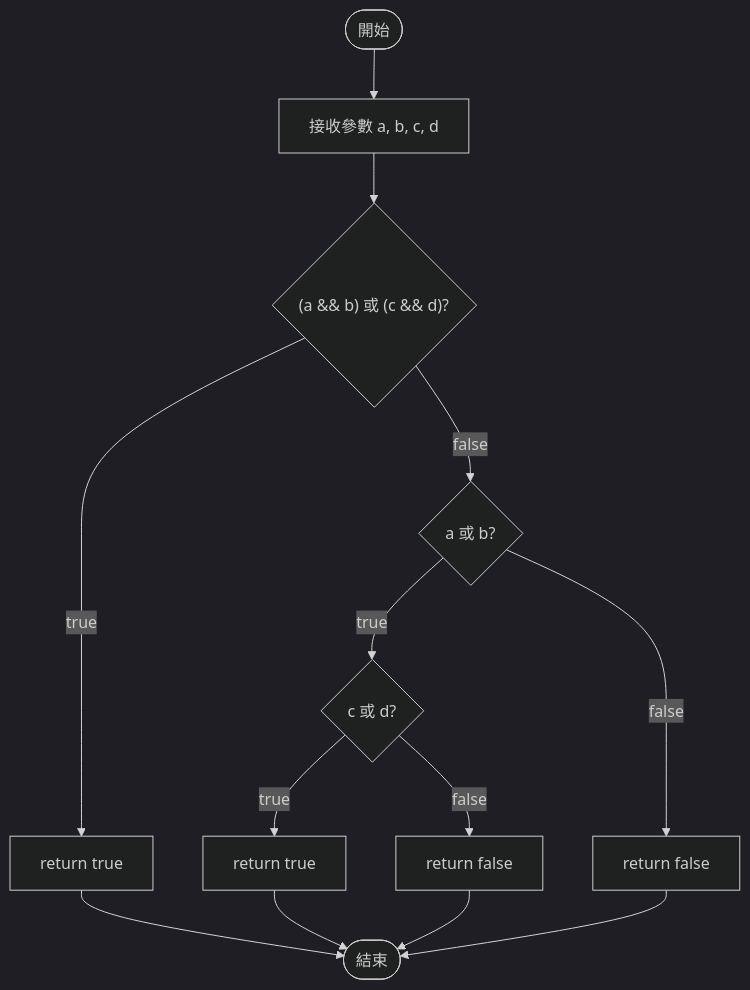
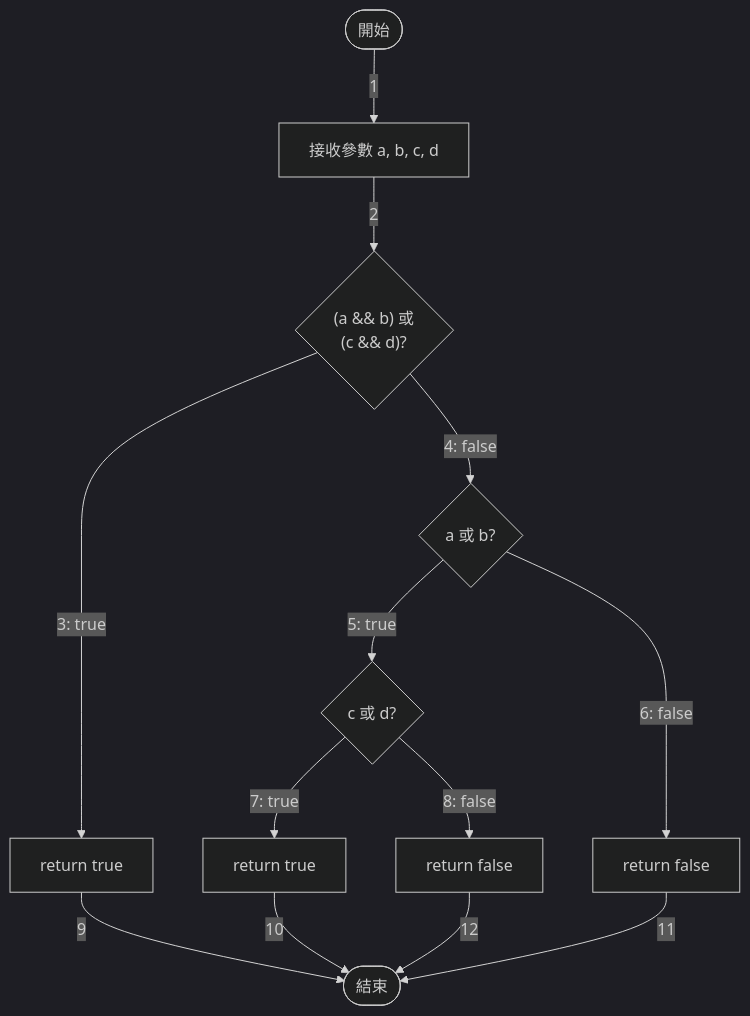
One commit to leecheenbao/ntou-sfm-homework changed the fourth of 7 diagrams in test_report_flow.md. Above: the diagram before and after it, drawn with Mermaid (dark theme). The commit also changed other lines of this file, not shown here.

Commit message:
update: test flow

````diff
--- a/test_report_flow.md
+++ b/test_report_flow.md
@@ -63,15 +100,15 @@
 ```mermaid
 flowchart TD
-    Start([開始]) --> Input["接收參數 a, b, c, d"]
-    Input --> Check1{"(a && b) 或 (c && d)?"}
-    Check1 -->|true| ReturnTrue["return true"]
-    Check1 -->|false| Check2{"a 或 b?"}
-    Check2 -->|true| Check3{"c 或 d?"}
-    Check2 -->|false| ReturnFalse["return false"]
-    Check3 -->|true| ReturnTrue2["return true"]
-    Check3 -->|false| ReturnFalse2["return false"]
-    ReturnTrue --> End([結束])
-    ReturnTrue2 --> End
-    ReturnFalse --> End
-    ReturnFalse2 --> End
+    Start([開始]) -->|1| Input["接收參數 a, b, c, d"]
+    Input -->|2| Check1{"(a && b) 或<br/>(c && d)?"}
+    Check1 -->|3: true| ReturnTrue["return true"]
+    Check1 -->|4: false| Check2{"a 或 b?"}
+    Check2 -->|5: true| Check3{"c 或 d?"}
+    Check2 -->|6: false| ReturnFalse["return false"]
+    Check3 -->|7: true| ReturnTrue2["return true"]
+    Check3 -->|8: false| ReturnFalse2["return false"]
+    ReturnTrue -->|9| End([結束])
+    ReturnTrue2 -->|10| End
+    ReturnFalse -->|11| End
+    ReturnFalse2 -->|12| End
 ```
````
